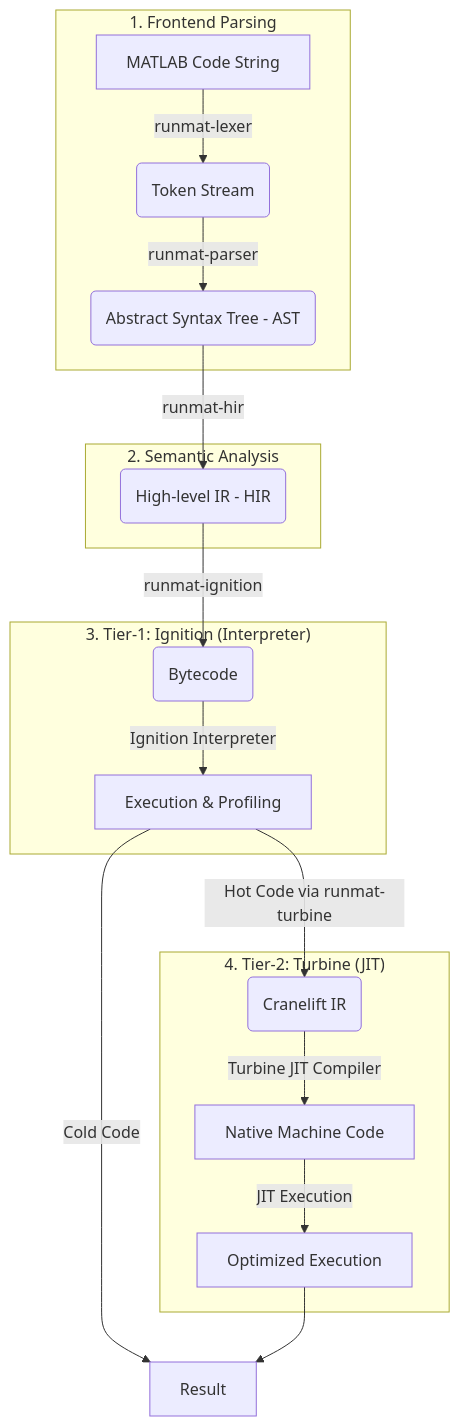
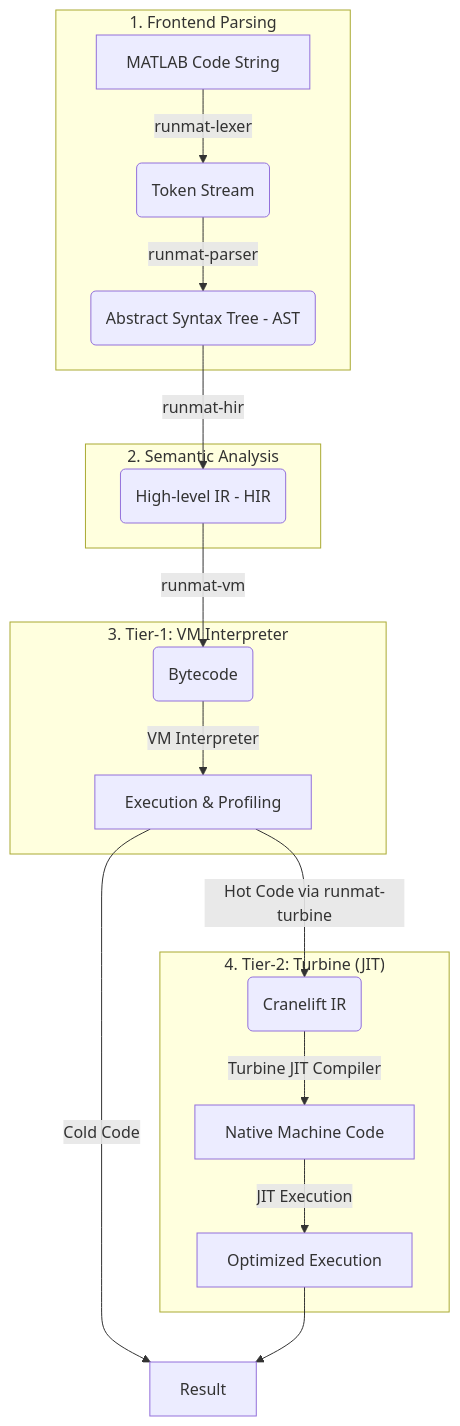
Before and after one commit to runmat-org/runmat: the first of 2 diagrams in docs/ARCHITECTURE.md, drawn with Mermaid. The commit also changed other lines of this file and 43 other files, not shown here.

````diff
--- a/docs/ARCHITECTURE.md
+++ b/docs/ARCHITECTURE.md
@@ -25,34 +25,34 @@
 ```mermaid
 graph TD
     A[MATLAB Code String] -->|runmat-lexer| B(Token Stream);
     B -->|runmat-parser| C(Abstract Syntax Tree - AST);
     C -->|runmat-hir| D(High-level IR - HIR);
-    D -->|runmat-ignition| E(Bytecode);
-    E -->|Ignition Interpreter| F[Execution & Profiling];
+    D -->|runmat-vm| E(Bytecode);
+    E -->|VM Interpreter| F[Execution & Profiling];
     F -->|Hot Code via runmat-turbine| G(Cranelift IR);
     G -->|Turbine JIT Compiler| H[Native Machine Code];
     H -->|JIT Execution| I[Optimized Execution];
     F -->|Cold Code| J[Result];
     I --> J;
 
     subgraph "1. Frontend Parsing"
         A
         B
         C
     end
 
     subgraph "2. Semantic Analysis"
         D
     end
 
-    subgraph "3. Tier-1: Ignition (Interpreter)"
+    subgraph "3. Tier-1: VM Interpreter"
         E
         F
     end
 
     subgraph "4. Tier-2: Turbine (JIT)"
         G
         H
         I
     end
 ```
````
